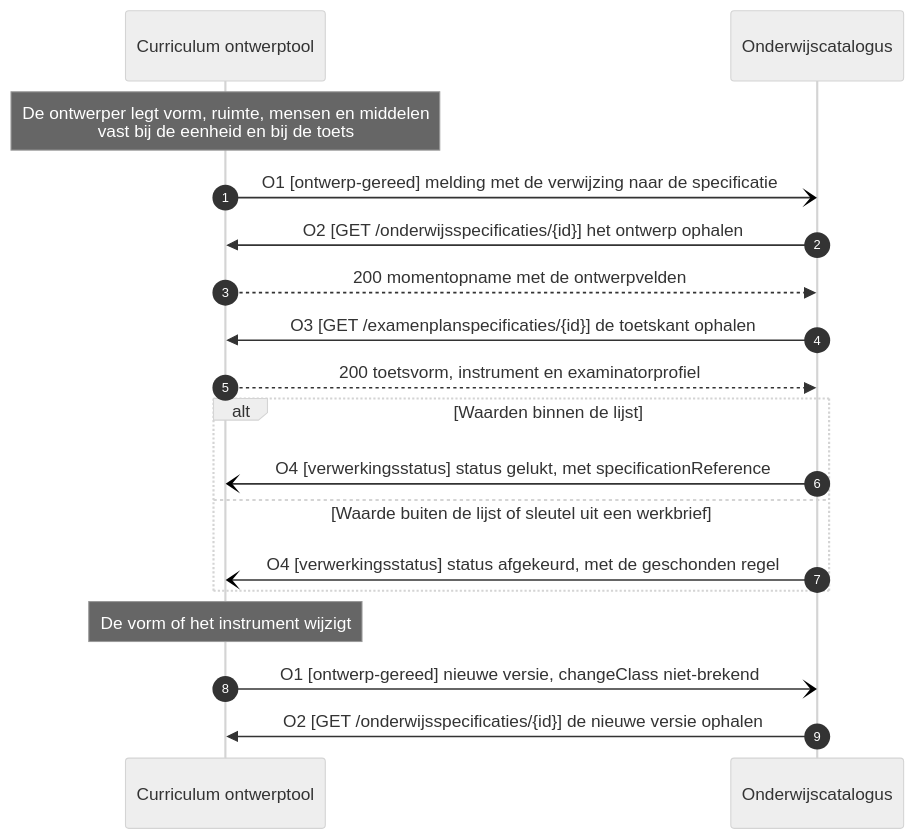
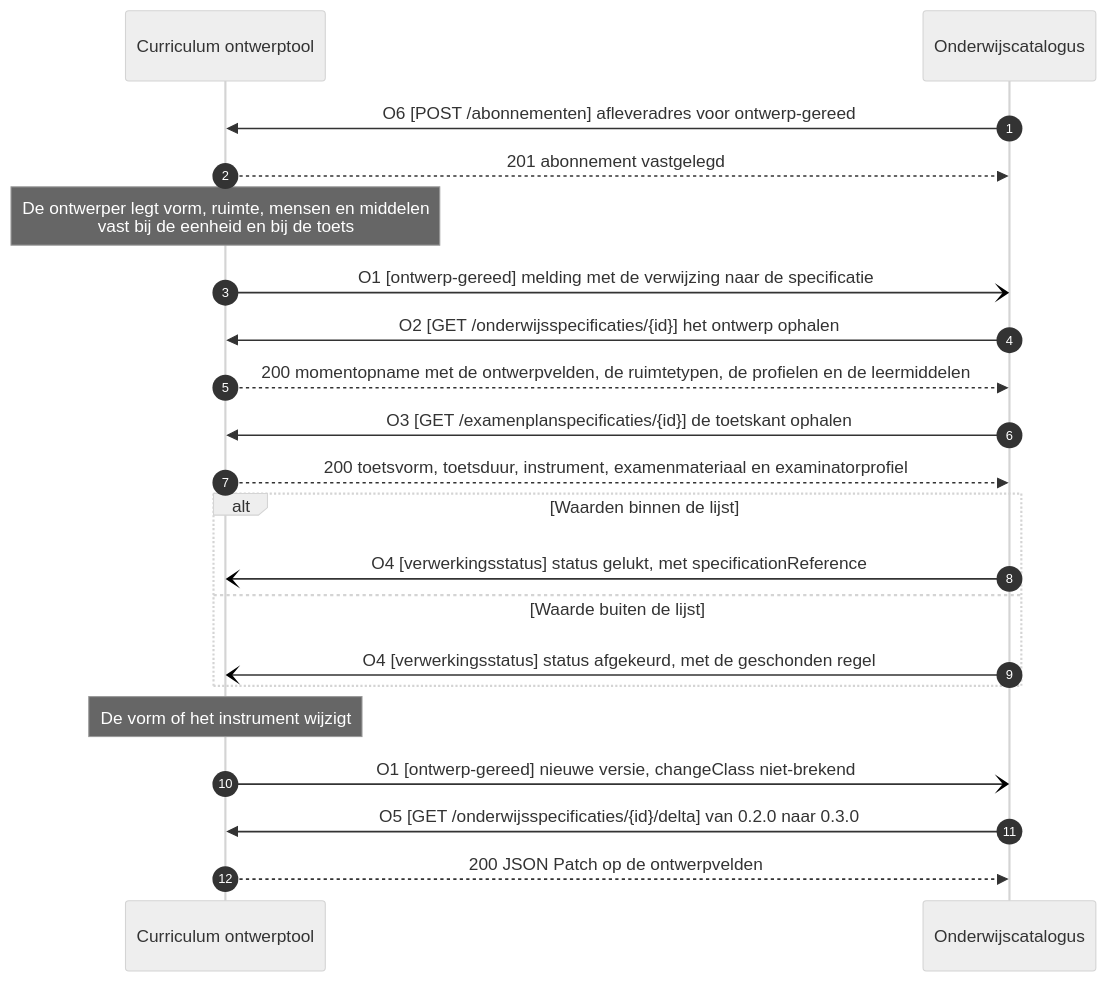
Before and after one commit to Npuls-OKx/meta: the diagram in architecture/docs/specificatie/interactie-onderwijsaanbod/stroom-is-oa-02.md, drawn with Mermaid (neutral theme). The commit also changed other lines of this file and 23 other files, not shown here.

````diff
--- a/architecture/docs/specificatie/interactie-onderwijsaanbod/stroom-is-oa-02.md
+++ b/architecture/docs/specificatie/interactie-onderwijsaanbod/stroom-is-oa-02.md
@@ -26,21 +29,24 @@
 ```mermaid
 sequenceDiagram
     autonumber
     participant CO as Curriculum ontwerptool
     participant OC as Onderwijscatalogus
 
+    OC->>CO: O6 [POST /abonnementen] afleveradres voor ontwerp-gereed
+    CO-->>OC: 201 abonnement vastgelegd
     Note over CO: De ontwerper legt vorm, ruimte, mensen en middelen<br/>vast bij de eenheid en bij de toets
     CO-)OC: O1 [ontwerp-gereed] melding met de verwijzing naar de specificatie
     OC->>CO: O2 [GET /onderwijsspecificaties/{id}] het ontwerp ophalen
-    CO-->>OC: 200 momentopname met de ontwerpvelden
+    CO-->>OC: 200 momentopname met de ontwerpvelden, de ruimtetypen, de profielen en de leermiddelen
     OC->>CO: O3 [GET /examenplanspecificaties/{id}] de toetskant ophalen
-    CO-->>OC: 200 toetsvorm, instrument en examinatorprofiel
+    CO-->>OC: 200 toetsvorm, toetsduur, instrument, examenmateriaal en examinatorprofiel
     alt Waarden binnen de lijst
         OC-)CO: O4 [verwerkingsstatus] status gelukt, met specificationReference
-    else Waarde buiten de lijst of sleutel uit een werkbrief
+    else Waarde buiten de lijst
         OC-)CO: O4 [verwerkingsstatus] status afgekeurd, met de geschonden regel
     end
     Note over CO: De vorm of het instrument wijzigt
     CO-)OC: O1 [ontwerp-gereed] nieuwe versie, changeClass niet-brekend
-    OC->>CO: O2 [GET /onderwijsspecificaties/{id}] de nieuwe versie ophalen
+    OC->>CO: O5 [GET /onderwijsspecificaties/{id}/delta] van 0.2.0 naar 0.3.0
+    CO-->>OC: 200 JSON Patch op de ontwerpvelden
 ```
````
